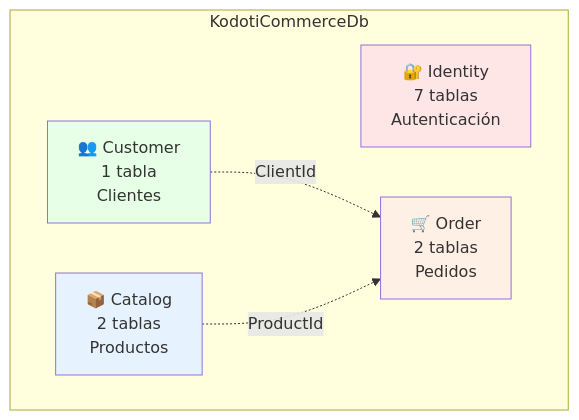
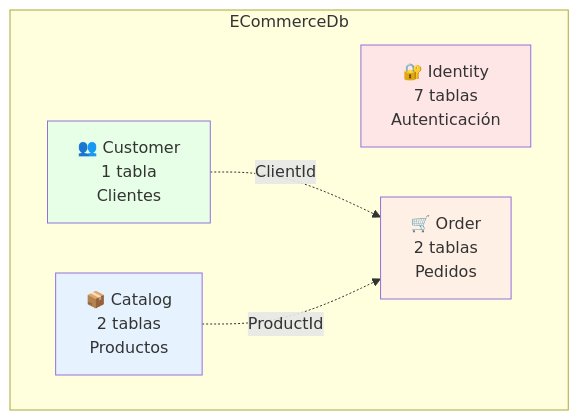
One commit to MiltonMolloja/ECommerceMicroserviceArchitecture changed the second of 5 diagrams in VISUAL_QUICK_REFERENCE.md. Above: the diagram before and after it, drawn with Mermaid. The commit also changed other lines of this file and 32 other files, not shown here.

````diff
--- a/VISUAL_QUICK_REFERENCE.md
+++ b/VISUAL_QUICK_REFERENCE.md
@@ -26,17 +26,17 @@
 ```mermaid
 graph TB
-    subgraph "KodotiCommerceDb"
+    subgraph "ECommerceDb"
         Identity["🔐 Identity<br/>7 tablas<br/>Autenticación"]
         Catalog["📦 Catalog<br/>2 tablas<br/>Productos"]
         Customer["👥 Customer<br/>1 tabla<br/>Clientes"]
         Order["🛒 Order<br/>2 tablas<br/>Pedidos"]
     end
     
     Customer -.->|ClientId| Order
     Catalog -.->|ProductId| Order
     
     style Identity fill:#ffe6e6
     style Catalog fill:#e6f3ff
     style Customer fill:#e6ffe6
     style Order fill:#fff0e6
 ```
````
